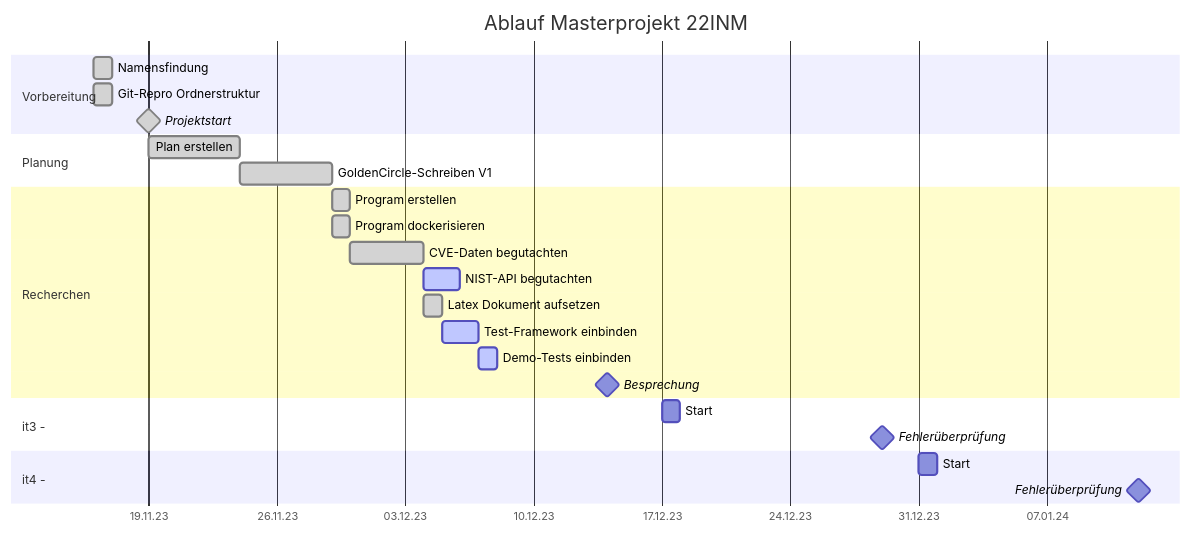
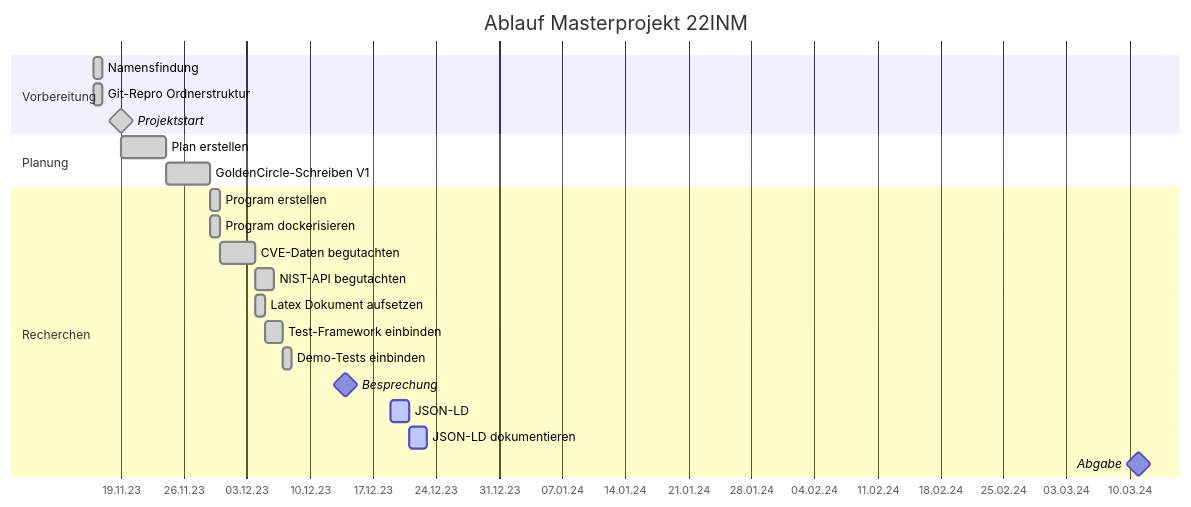
The diagram in documentation/planning/procedure.md (KnYL3R/AmIVulnerable), drawn with Mermaid before and after one commit. The commit also changed other lines of this file and 3 other files, not shown here.

Commit message:
modified gantt for status (without real date, only as a leading path

````diff
--- a/documentation/planning/procedure.md
+++ b/documentation/planning/procedure.md
@@ -1,44 +1,38 @@
 ```mermaid
 gantt
     dateFormat  YYYY-MM-DD
     axisFormat  %d.%m.%y
     title       Ablauf Masterprojekt 22INM
     todayMarker off
 
     section Vorbereitung
     Namensfindung: done, V-1, 2023-11-16, 1d
     Git-Repro Ordnerstruktur: done, V-2, 2023-11-16, 1d
 
     Projektstart: done, milestone, 2023-11-19, 0d
 
     section Planung
     Plan erstellen: done, planerstellen, 2023-11-19, 5d
 
     GoldenCircle-Schreiben V1: done, goldencircleschreiben, after planerstellen, 5d
 
     section Recherchen
 
     Program erstellen: done, programmerstellen, after goldencircleschreiben, 1d
     Program dockerisieren: done, programmdockerisieren, after goldencircleschreiben, 1d
 
     CVE-Daten begutachten: done, cvedatenbegutachten, after programmdockerisieren, 4d
-    NIST-API begutachten: active, nistapibegutachten, after cvedatenbegutachten, 2d
+    NIST-API begutachten: done, nistapibegutachten, after cvedatenbegutachten, 2d
 
     Latex Dokument aufsetzen: done, latexdokumentaufsetzen, after cvedatenbegutachten, 1d
 
-    Test-Framework einbinden: active, testframeworkeinbinden, after latexdokumentaufsetzen, 2d
-    Demo-Tests einbinden: active, demotestseinbinden, after testframeworkeinbinden, 1d
+    Test-Framework einbinden: done, testframeworkeinbinden, after latexdokumentaufsetzen, 2d
+    Demo-Tests einbinden: done, demotestseinbinden, after testframeworkeinbinden, 1d
 
     Besprechung: milestone, 2023-12-14, 0d
 
-    section it3 - 
-    Start: it3-1, 2023-12-17, 1d
-    
-    Fehlerüberprüfung: milestone, 2023-12-29, 0d
+    JSON-LD: active, json-ld, after besprechung, 2d
+    JSON-LD dokumentieren: active, json-ld-dokumentieren, after json-ld, 2d
 
-    section it4 - 
-    Start: it4-1, 2023-12-31, 1d
-
-    Fehlerüberprüfung: milestone, 2024-01-12, 0d
-
+    Abgabe: milestone, 2024-03-11, 0d
 ```
````
